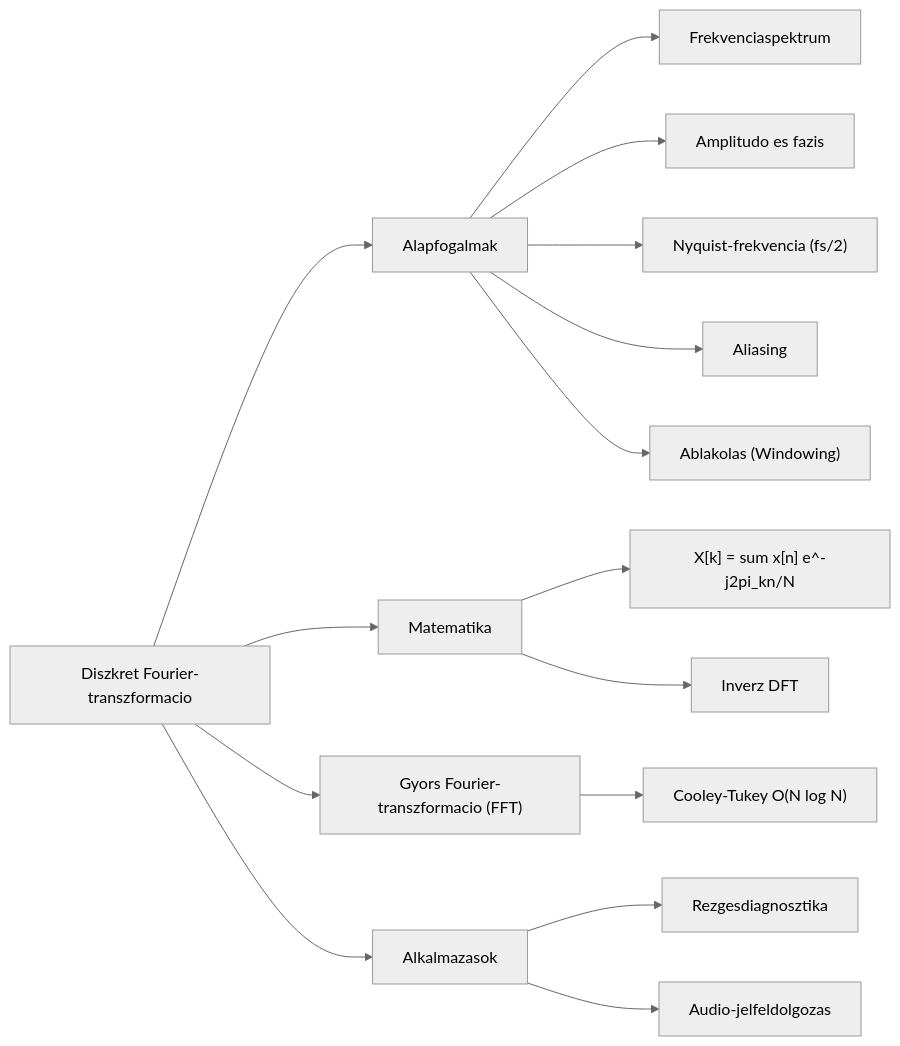
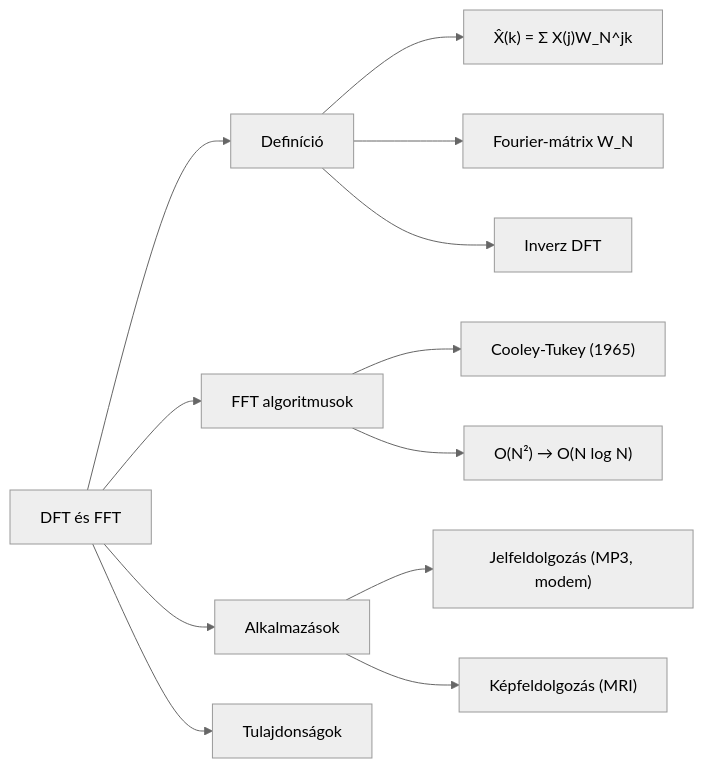
One commit to InutilemMachina/claude_play changed the diagram in haromhetes_teszt/2_dft/bsc/2_Mindmap.md. Above: the diagram before and after it, drawn with Mermaid (neutral theme). The commit also changed other lines of this file and 32 other files, not shown here.

````diff
--- a/haromhetes_teszt/2_dft/bsc/2_Mindmap.md
+++ b/haromhetes_teszt/2_dft/bsc/2_Mindmap.md
@@ -12,18 +12,15 @@
 ```mermaid
 flowchart LR
-  DFT["Diszkret Fourier-transzformacio"]
-  DFT --> ALAP["Alapfogalmak"]
-  ALAP --> SPEKTRUM["Frekvenciaspektrum"]
-  ALAP --> AMPLITUD["Amplitudo es fazis"]
-  ALAP --> NYQUIST["Nyquist-frekvencia (fs/2)"]
-  ALAP --> ALIASING["Aliasing"]
-  ALAP --> ABLAK["Ablakolas (Windowing)"]
-  DFT --> MAT["Matematika"]
-  MAT --> KEPLET["X[k] = sum x[n] e^-j2pi_kn/N"]
-  MAT --> IDFT["Inverz DFT"]
-  DFT --> FFT["Gyors Fourier-transzformacio (FFT)"]
-  FFT --> COOLEY["Cooley-Tukey O(N log N)"]
-  DFT --> APP["Alkalmazasok"]
-  APP --> VIBR["Rezgesdiagnosztika"]
-  APP --> AUDIO["Audio-jelfeldolgozas"]
+  DFT["DFT és FFT"]
+  DFT --> DEFINICIO["Definíció"]
+  DEFINICIO --> KEPLET["X̂(k) = Σ X(j)W_N^jk"]
+  DEFINICIO --> MATRIX["Fourier-mátrix W_N"]
+  DEFINICIO --> IDFT["Inverz DFT"]
+  DFT --> FFT["FFT algoritmusok"]
+  FFT --> CT["Cooley-Tukey (1965)"]
+  FFT --> KOMPLEX["O(N²) → O(N log N)"]
+  DFT --> ALKAL["Alkalmazások"]
+  ALKAL --> JELFELDOLG["Jelfeldolgozás (MP3, modem)"]
+  ALKAL --> KEPFELDOLG["Képfeldolgozás (MRI)"]
+  DFT --> TULAJD["Tulajdonságok"]
 ```
````
